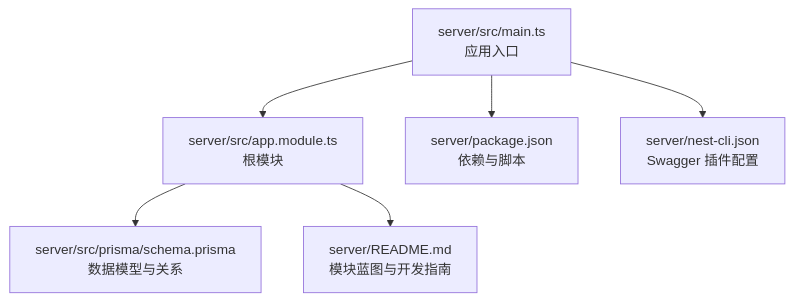
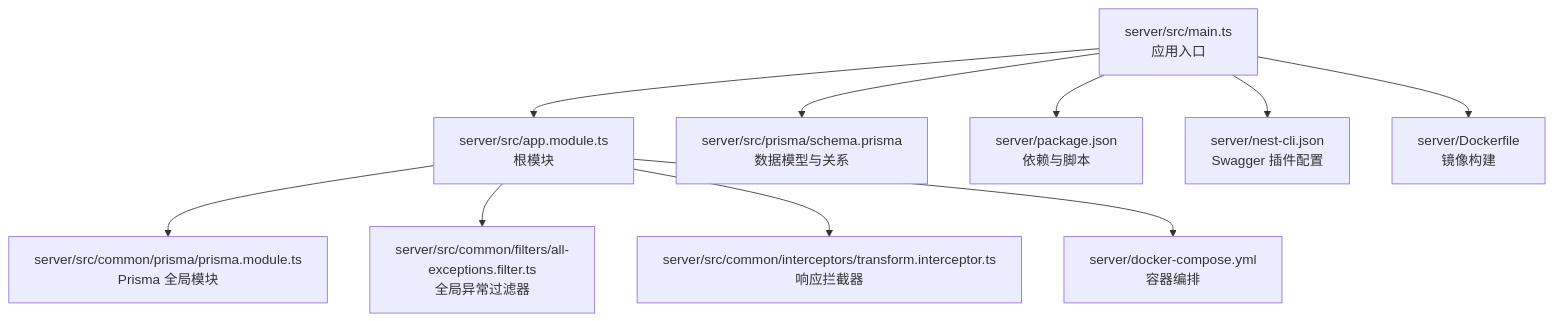
One commit to LouisFantansy/Budget_Mgt_Enterprise changed the first of 4 diagrams in .qoder/repowiki/zh/content/后端架构/后端架构.md. Above: the diagram before and after it, drawn with Mermaid. The commit also changed other lines of this file and 10 other files, not shown here.

````diff
--- a/.qoder/repowiki/zh/content/后端架构/后端架构.md
+++ b/.qoder/repowiki/zh/content/后端架构/后端架构.md
@@ -31,8 +36,12 @@
 ```mermaid
 graph TB
 A["server/src/main.ts<br/>应用入口"] --> B["server/src/app.module.ts<br/>根模块"]
-B --> C["server/src/prisma/schema.prisma<br/>数据模型与关系"]
-A --> D["server/package.json<br/>依赖与脚本"]
-A --> E["server/nest-cli.json<br/>Swagger 插件配置"]
-B --> F["server/README.md<br/>模块蓝图与开发指南"]
+B --> C["server/src/common/prisma/prisma.module.ts<br/>Prisma 全局模块"]
+B --> D["server/src/common/filters/all-exceptions.filter.ts<br/>全局异常过滤器"]
+B --> E["server/src/common/interceptors/transform.interceptor.ts<br/>响应拦截器"]
+A --> F["server/src/prisma/schema.prisma<br/>数据模型与关系"]
+A --> G["server/package.json<br/>依赖与脚本"]
+A --> H["server/nest-cli.json<br/>Swagger 插件配置"]
+B --> I["server/docker-compose.yml<br/>容器编排"]
+A --> J["server/Dockerfile<br/>镜像构建"]
 ```
````
